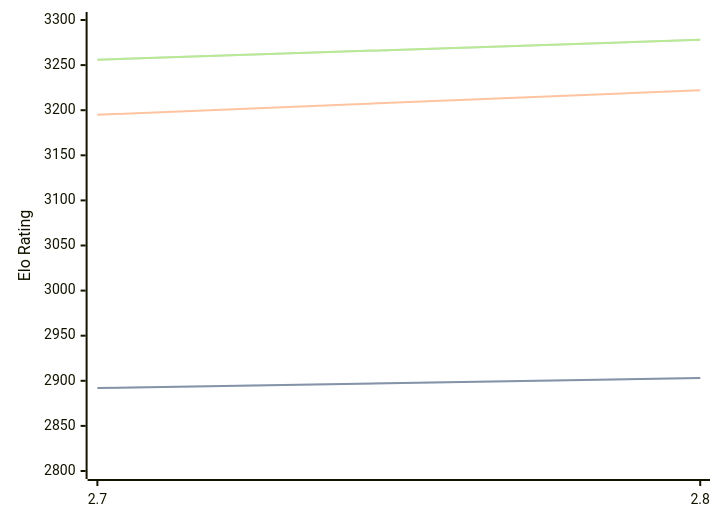
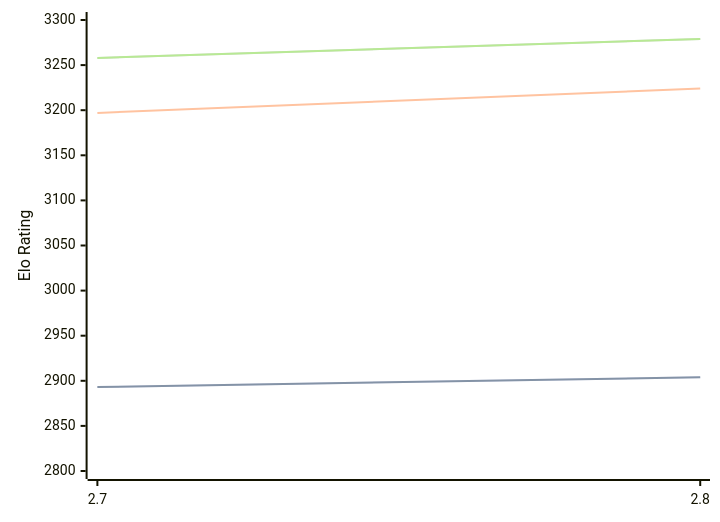
One commit to computer-chess-index/cci changed the diagram in engines/Arcanum.md. Above: the diagram before and after it, drawn with Mermaid. The commit also changed other lines of this file, not shown here.

Commit message:
Update CCI Ratings (ELO VLTC) - 2026-08-21

````diff
--- a/engines/Arcanum.md
+++ b/engines/Arcanum.md
@@ -32,11 +32,11 @@
 ```mermaid
 %%{init: {"theme":"base","themeVariables":{"seriesColors:['#a3a3a3','#222221','#faa371']}}}%%
 xychart-beta
   x-axis ["2.7", "2.8"]
   y-axis "Elo Rating" 2800 --> 3300
-  line "STC (8.0+0.08s)" [2892, 2903]
-  line "STC (8.0+0.08s)" [2892, 2903]
-  line "LTC (60.0+0.60s)" [3195, 3222]
-  line "VLTC (2m24s+1.12s)" [3256, 3278]
-  line "VLTC (2m24s+1.12s)" [3256, 3278]
+  line "STC (8.0+0.08s)" [2893, 2904]
+  line "STC (8.0+0.08s)" [2893, 2904]
+  line "LTC (60.0+0.60s)" [3197, 3224]
+  line "VLTC (2m24s+1.12s)" [3258, 3279]
+  line "VLTC (2m24s+1.12s)" [3258, 3279]
 ```
````
